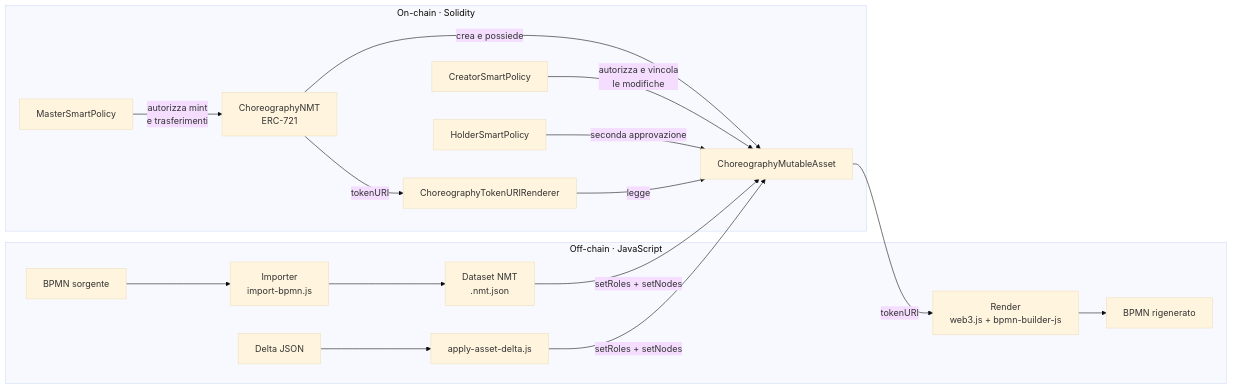
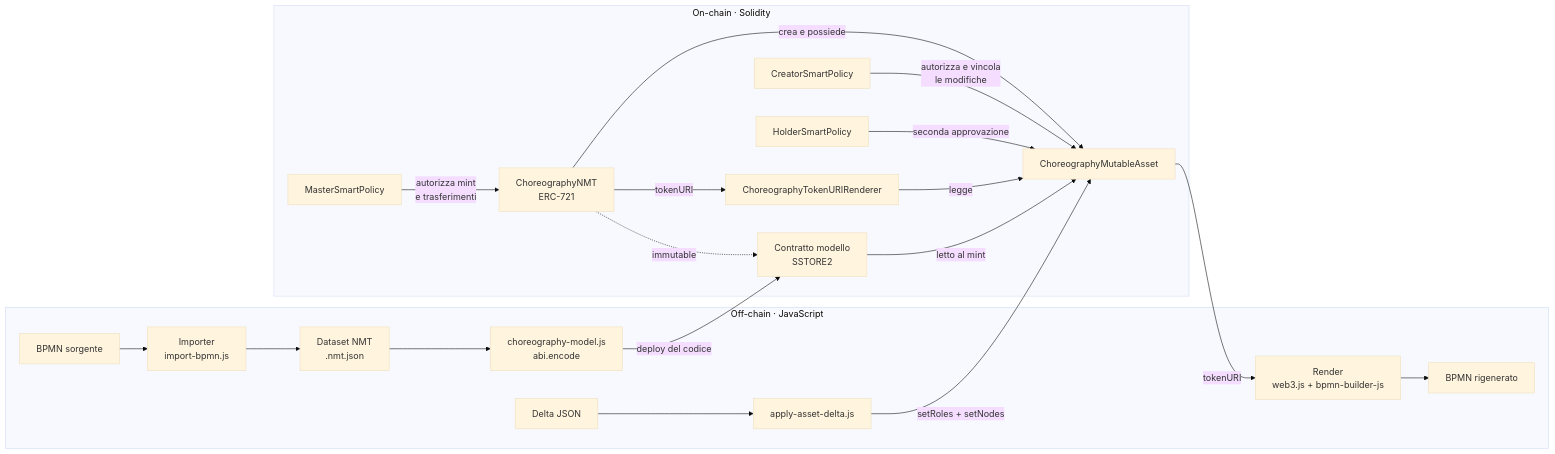
Before and after one commit to d0na/ChorNMT: the first of 3 diagrams in docs/architettura.md, drawn with Mermaid (base theme). The commit also changed other lines of this file and 46 other files, not shown here.

````diff
--- a/docs/architettura.md
+++ b/docs/architettura.md
@@ -11,20 +11,23 @@
 ```mermaid
 flowchart LR
   subgraph offchain[Off-chain · JavaScript]
     B[BPMN sorgente] --> I[Importer<br/>import-bpmn.js]
     I --> D[Dataset NMT<br/>.nmt.json]
+    D --> M[choreography-model.js<br/>abi.encode]
     DL[Delta JSON] --> A[apply-asset-delta.js]
     R[Render<br/>web3.js + bpmn-builder-js] --> X[BPMN rigenerato]
   end
   subgraph onchain[On-chain · Solidity]
     NMT[ChoreographyNMT<br/>ERC-721] -->|crea e possiede| CMA[ChoreographyMutableAsset]
     MP[MasterSmartPolicy] -->|autorizza mint<br/>e trasferimenti| NMT
     CP[CreatorSmartPolicy] -->|autorizza e vincola<br/>le modifiche| CMA
     HP[HolderSmartPolicy] -->|seconda approvazione| CMA
     TR[ChoreographyTokenURIRenderer] -->|legge| CMA
     NMT -->|tokenURI| TR
+    MC[Contratto modello<br/>SSTORE2] -->|letto al mint| CMA
+    NMT -.->|immutable| MC
   end
-  D -->|setRoles + setNodes| CMA
+  M -->|deploy del codice| MC
   A -->|setRoles + setNodes| CMA
   CMA -->|tokenURI| R
 ```
````
